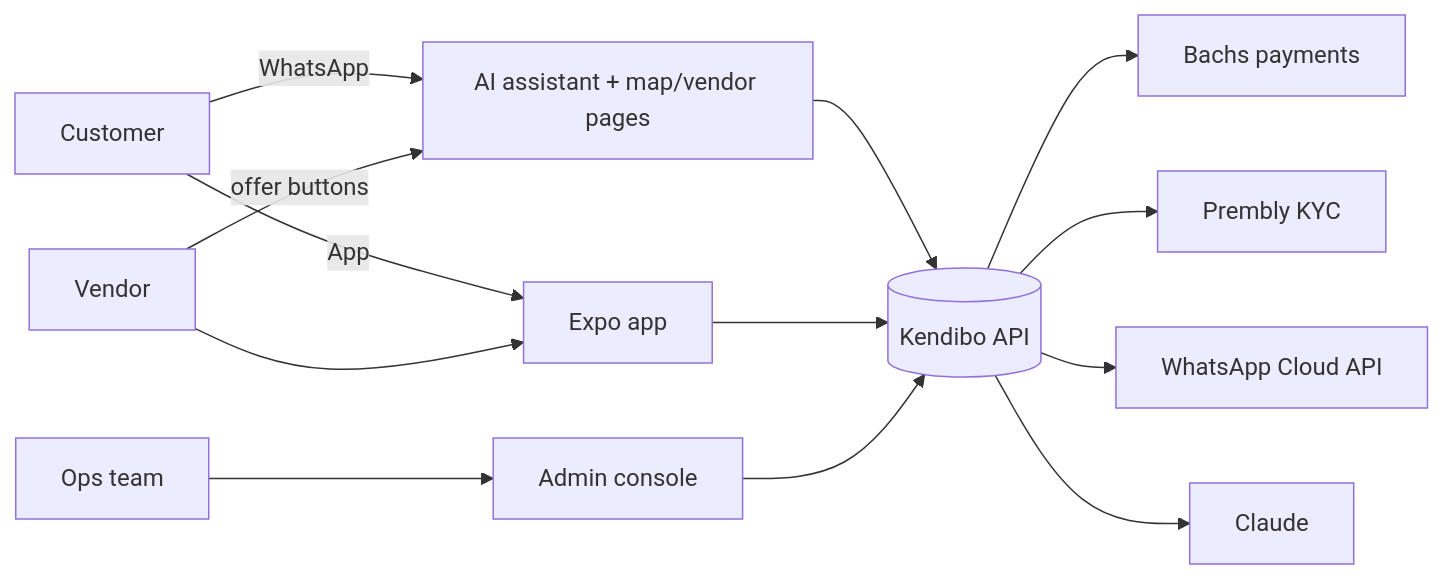
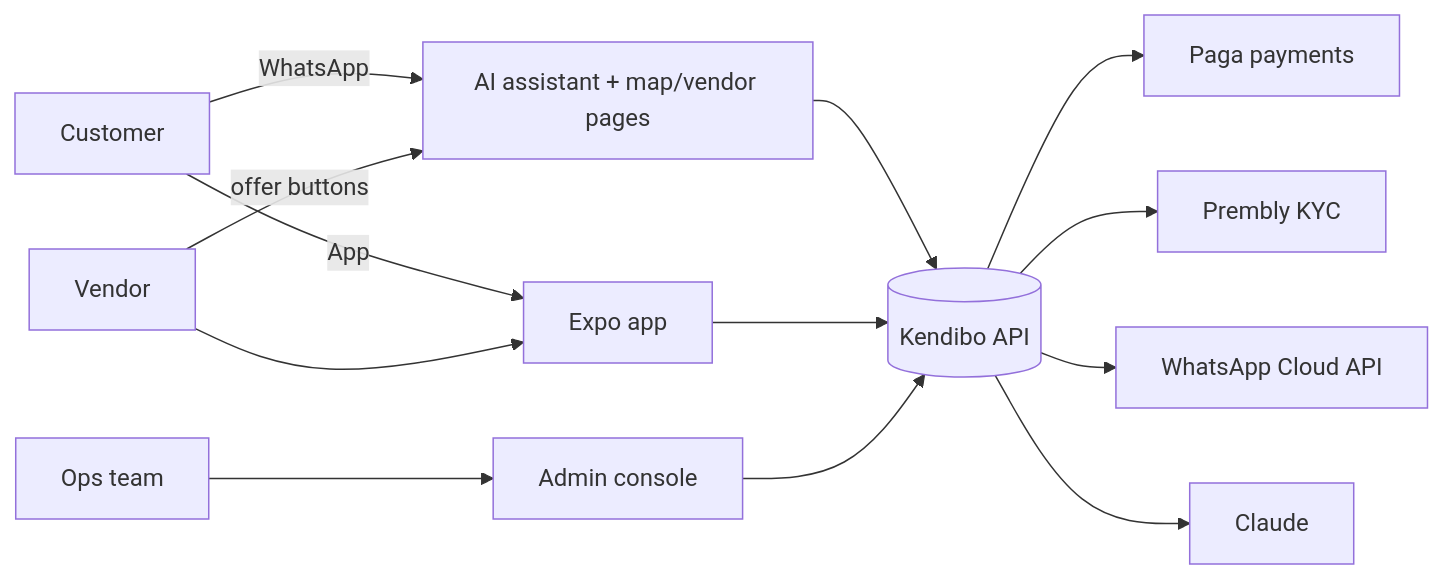
One commit to marhshallpresson/kendibo-backend changed the diagram in docs/DELIVERY_PHASES.md. Above: the diagram before and after it, drawn with Mermaid. The commit also changed other lines of this file and 41 other files, not shown here.

First line of the commit message:
Paga-only payments: remove legacy card PSP, one settlement rule, reconciler

````diff
--- a/docs/DELIVERY_PHASES.md
+++ b/docs/DELIVERY_PHASES.md
@@ -8,14 +8,14 @@
 ```mermaid
 flowchart LR
   C[Customer] -->|WhatsApp| WA[AI assistant + map/vendor pages]
   C -->|App| APP[Expo app]
   V[Vendor] --> APP
   V -->|offer buttons| WA
   WA --> API[(Kendibo API)]
   APP --> API
   OPS[Ops team] --> ADM[Admin console] --> API
-  API --> BACHS[Bachs payments]
+  API --> PAGA[Paga payments]
   API --> PREMBLY[Prembly KYC]
   API --> META[WhatsApp Cloud API]
   API --> CLAUDE[Claude]
 ```
````
